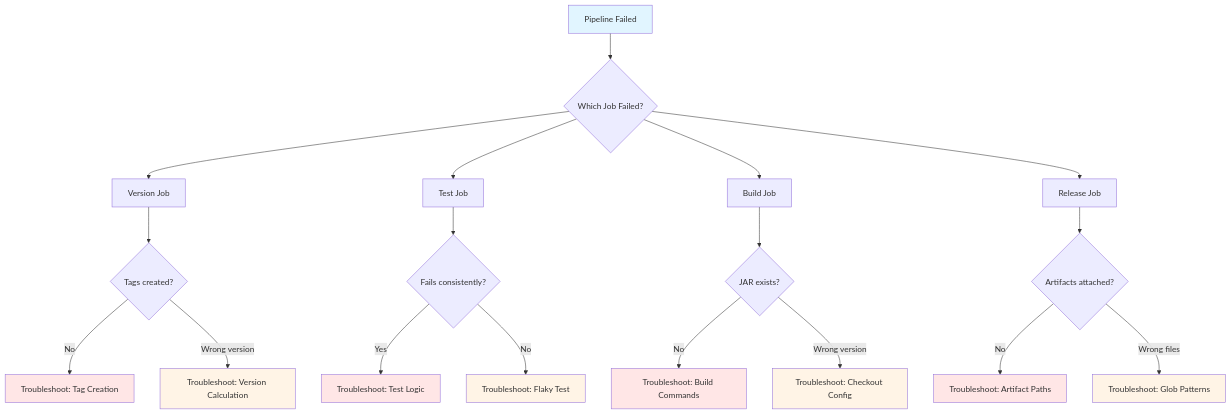
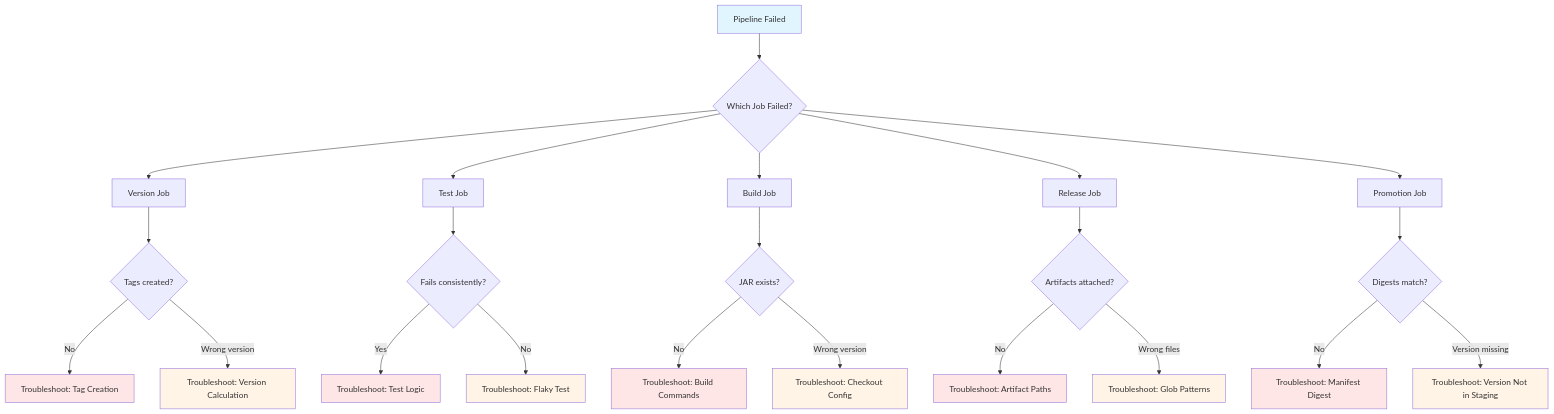
Before and after one commit to spiralhouse/cycletime: the second of 3 diagrams in docs/guides/cicd/troubleshooting-pipeline-failures.md, drawn with Mermaid. The commit also changed other lines of this file and 1 other file, not shown here.

````diff
--- a/docs/guides/cicd/troubleshooting-pipeline-failures.md
+++ b/docs/guides/cicd/troubleshooting-pipeline-failures.md
@@ -71,42 +78,50 @@
 ```mermaid
 flowchart TD
     start[Pipeline Failed]
     job{Which Job Failed?}
     version_job[Version Job]
     test_job[Test Job]
     build_job[Build Job]
     release_job[Release Job]
+    promotion_job[Promotion Job]
 
     start --> job
 
     job --> version_job
     job --> test_job
     job --> build_job
     job --> release_job
+    job --> promotion_job
 
     version_job --> v_check{Tags created?}
     v_check -->|No| v_no_tag[Troubleshoot: Tag Creation]
     v_check -->|Wrong version| v_wrong[Troubleshoot: Version Calculation]
 
     test_job --> t_check{Fails consistently?}
     t_check -->|Yes| t_consistent[Troubleshoot: Test Logic]
     t_check -->|No| t_flaky[Troubleshoot: Flaky Test]
 
     build_job --> b_check{JAR exists?}
     b_check -->|No| b_no_jar[Troubleshoot: Build Commands]
     b_check -->|Wrong version| b_version[Troubleshoot: Checkout Config]
 
     release_job --> r_check{Artifacts attached?}
     r_check -->|No| r_no_artifacts[Troubleshoot: Artifact Paths]
     r_check -->|Wrong files| r_wrong_files[Troubleshoot: Glob Patterns]
 
+    promotion_job --> p_check{Digests match?}
+    p_check -->|No| p_mismatch[Troubleshoot: Manifest Digest]
+    p_check -->|Version missing| p_missing[Troubleshoot: Version Not in Staging]
+
     style start fill:#e1f5ff
     style v_no_tag fill:#ffe6e6
     style v_wrong fill:#fff4e6
     style t_consistent fill:#ffe6e6
     style t_flaky fill:#fff4e6
     style b_no_jar fill:#ffe6e6
     style b_version fill:#fff4e6
     style r_no_artifacts fill:#ffe6e6
     style r_wrong_files fill:#fff4e6
+    style p_mismatch fill:#ffe6e6
+    style p_missing fill:#fff4e6
 ```
````
